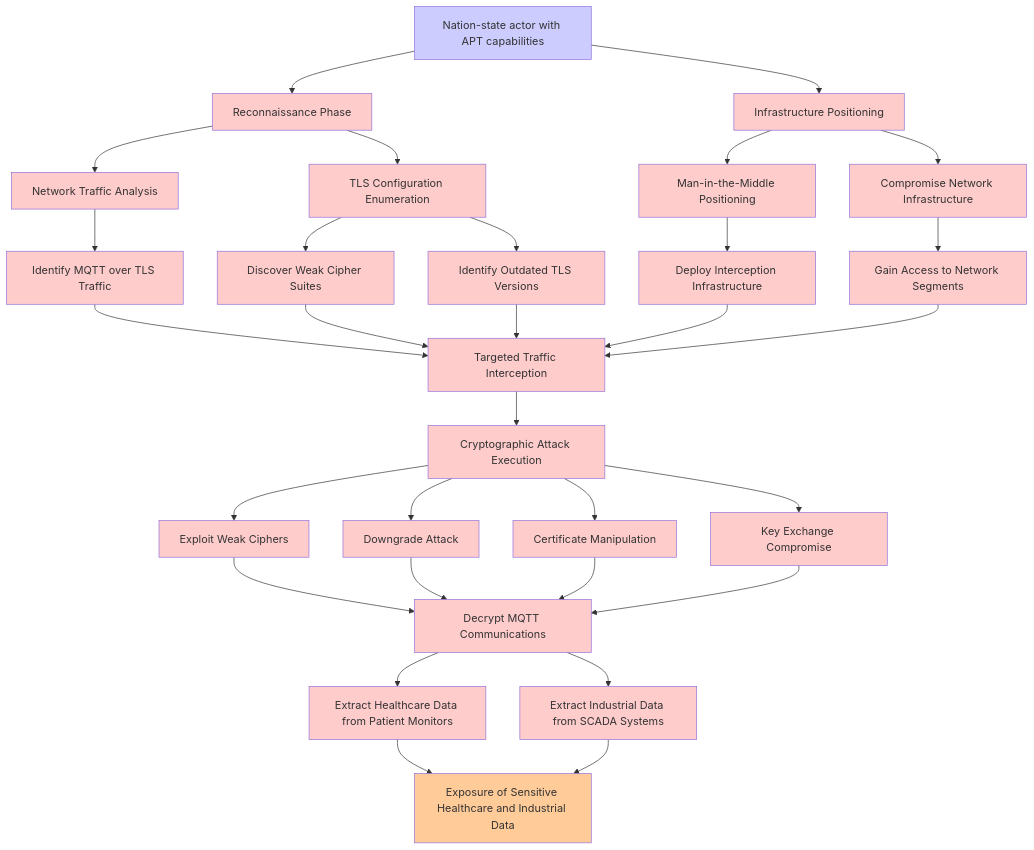
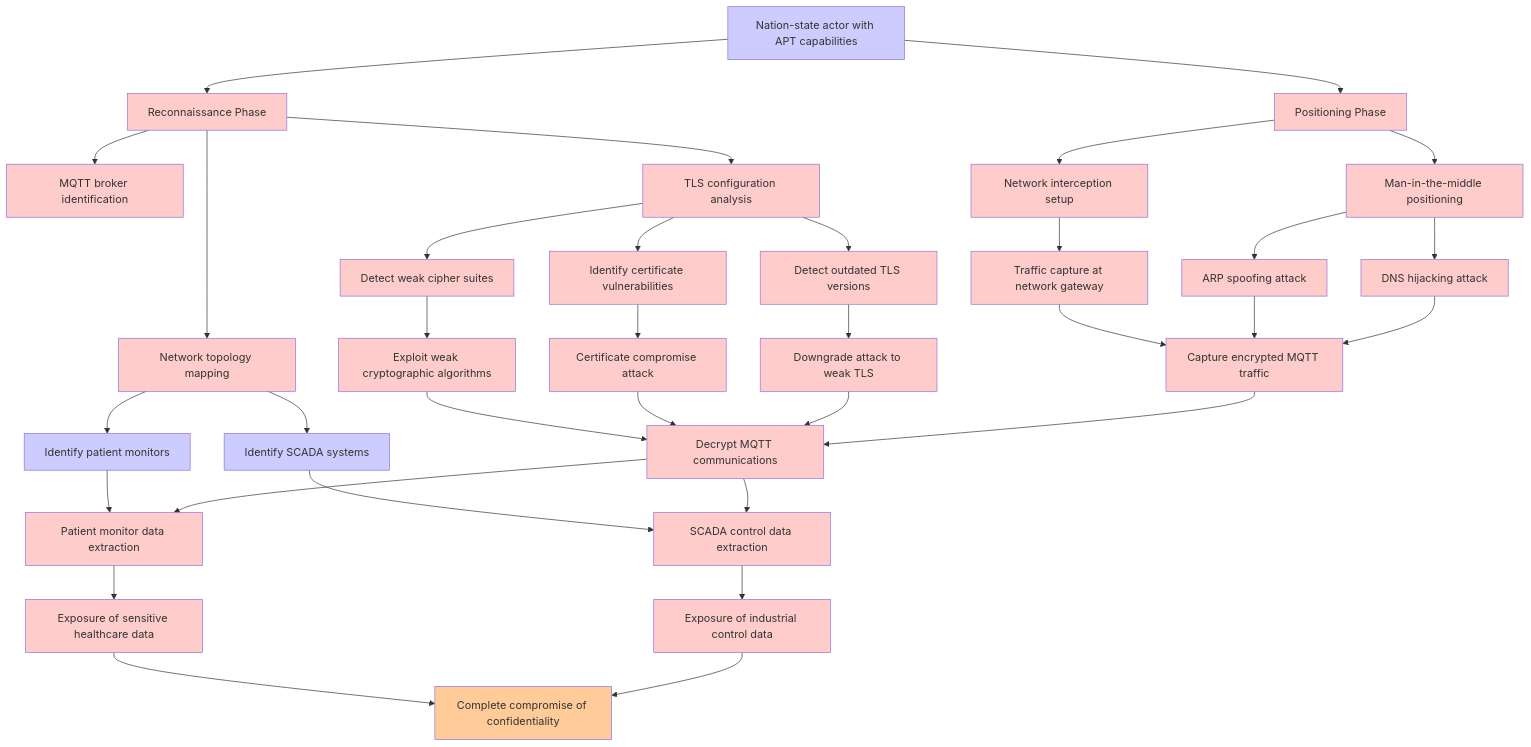
Before and after one commit to aws-samples/sample-agentic-attack-tree-generator: the diagram in threatforest-agentic-application/examples/iot-device-management/threatforest/attack_trees/attack_tree_T002_cryptographic_failures.md, drawn with Mermaid. The commit also changed 44 other files, not shown here.

````diff
--- a/threatforest-agentic-application/examples/iot-device-management/threatforest/attack_trees/attack_tree_T002_cryptographic_failures.md
+++ b/threatforest-agentic-application/examples/iot-device-management/threatforest/attack_trees/attack_tree_T002_cryptographic_failures.md
@@ -19,39 +19,43 @@
 ```mermaid
 graph TD
     A["Nation-state actor with APT capabilities"] --> B["Reconnaissance Phase"]
-    A --> C["Infrastructure Positioning"]
-    B --> D["Network Traffic Analysis"]
-    B --> E["TLS Configuration Enumeration"]
-    D --> F["Identify MQTT over TLS Traffic"]
-    E --> G["Discover Weak Cipher Suites"]
-    E --> H["Identify Outdated TLS Versions"]
-    C --> I["Man-in-the-Middle Positioning"]
-    C --> J["Compromise Network Infrastructure"]
-    I --> K["Deploy Interception Infrastructure"]
-    J --> L["Gain Access to Network Segments"]
-    F --> M["Targeted Traffic Interception"]
-    G --> M
-    H --> M
-    K --> M
-    L --> M
-    M --> N["Cryptographic Attack Execution"]
-    N --> O["Exploit Weak Ciphers"]
-    N --> P["Downgrade Attack"]
-    N --> Q["Certificate Manipulation"]
-    N --> R["Key Exchange Compromise"]
-    O --> S["Decrypt MQTT Communications"]
-    P --> S
-    Q --> S
-    R --> S
-    S --> T["Extract Healthcare Data from Patient Monitors"]
-    S --> U["Extract Industrial Data from SCADA Systems"]
-    T --> V["Exposure of Sensitive Healthcare and Industrial Data"]
+    A --> C["Positioning Phase"]
+    B --> D["Network topology mapping"]
+    B --> E["MQTT broker identification"]
+    B --> F["TLS configuration analysis"]
+    D --> G["Identify patient monitors"]
+    D --> H["Identify SCADA systems"]
+    F --> I["Detect weak cipher suites"]
+    F --> J["Identify certificate vulnerabilities"]
+    F --> K["Detect outdated TLS versions"]
+    C --> L["Network interception setup"]
+    C --> M["Man-in-the-middle positioning"]
+    L --> N["Traffic capture at network gateway"]
+    M --> O["ARP spoofing attack"]
+    M --> P["DNS hijacking attack"]
+    I --> Q["Exploit weak cryptographic algorithms"]
+    J --> R["Certificate compromise attack"]
+    K --> S["Downgrade attack to weak TLS"]
+    N --> T["Capture encrypted MQTT traffic"]
+    O --> T
+    P --> T
+    Q --> U["Decrypt MQTT communications"]
+    R --> U
+    S --> U
+    G --> V["Patient monitor data extraction"]
+    H --> W["SCADA control data extraction"]
+    T --> U
     U --> V
+    U --> W
+    V --> X["Exposure of sensitive healthcare data"]
+    W --> Y["Exposure of industrial control data"]
+    X --> Z["Complete compromise of confidentiality"]
+    Y --> Z
     classDef attack fill:#ffcccc
     classDef goal fill:#ffcc99
     classDef fact fill:#ccccff
-    class B,C,D,E,F,G,H,I,J,K,L,M,N,O,P,Q,R,S,T,U attack
-    class V goal
-    class A fact
+    class B,C,D,E,F,I,J,K,L,M,N,O,P,Q,R,S,T,U,V,W,X,Y attack
+    class Z goal
+    class A,G,H fact
     classDef mitigation fill:#ccffcc
 ```
````
